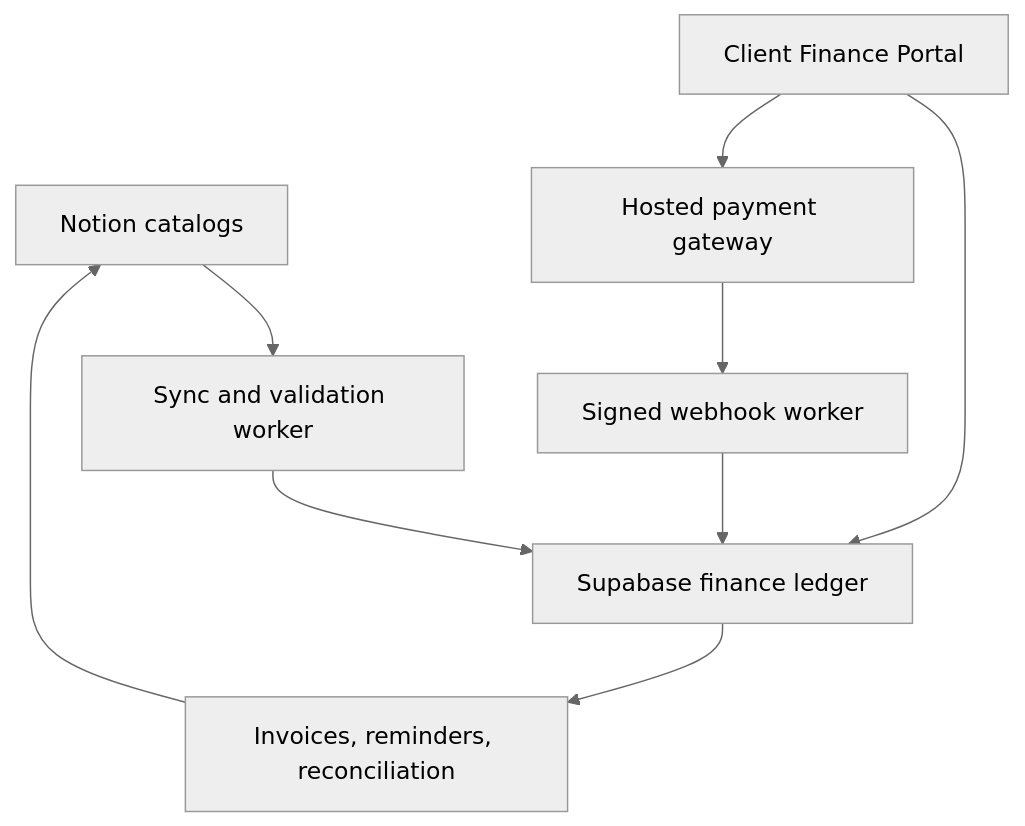
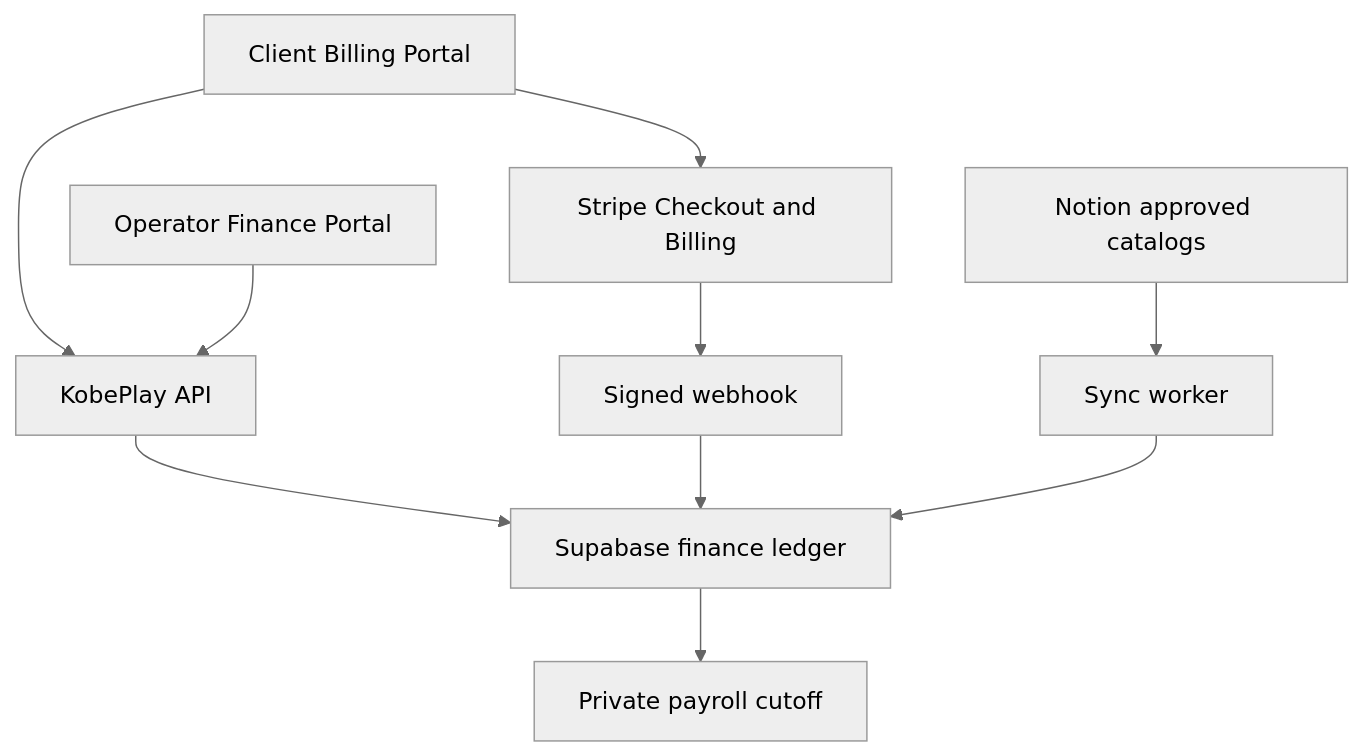
Before and after one commit to hillstreet-ph/open-kobeplay: the diagram in docs/FINANCE-PORTAL-SPEC.md, drawn with Mermaid (neutral theme). The commit also changed other lines of this file, not shown here.

Commit message:
docs: separate client billing from private operator payroll

````diff
--- a/docs/FINANCE-PORTAL-SPEC.md
+++ b/docs/FINANCE-PORTAL-SPEC.md
@@ -29,11 +121,12 @@
 ```mermaid
 flowchart TD
-    N["Notion catalogs"] --> S["Sync and validation worker"]
-    S --> D["Supabase finance ledger"]
-    U["Client Finance Portal"] --> D
-    U --> G["Hosted payment gateway"]
-    G --> W["Signed webhook worker"]
+    C["Client Billing Portal"] --> A["KobePlay API"]
+    O["Operator Finance Portal"] --> A
+    A --> D["Supabase finance ledger"]
+    C --> S["Stripe Checkout and Billing"]
+    S --> W["Signed webhook"]
     W --> D
-    D --> R["Invoices, reminders, reconciliation"]
-    R --> N
+    N["Notion approved catalogs"] --> Y["Sync worker"]
+    Y --> D
+    D --> P["Private payroll cutoff"]
 ```
````
